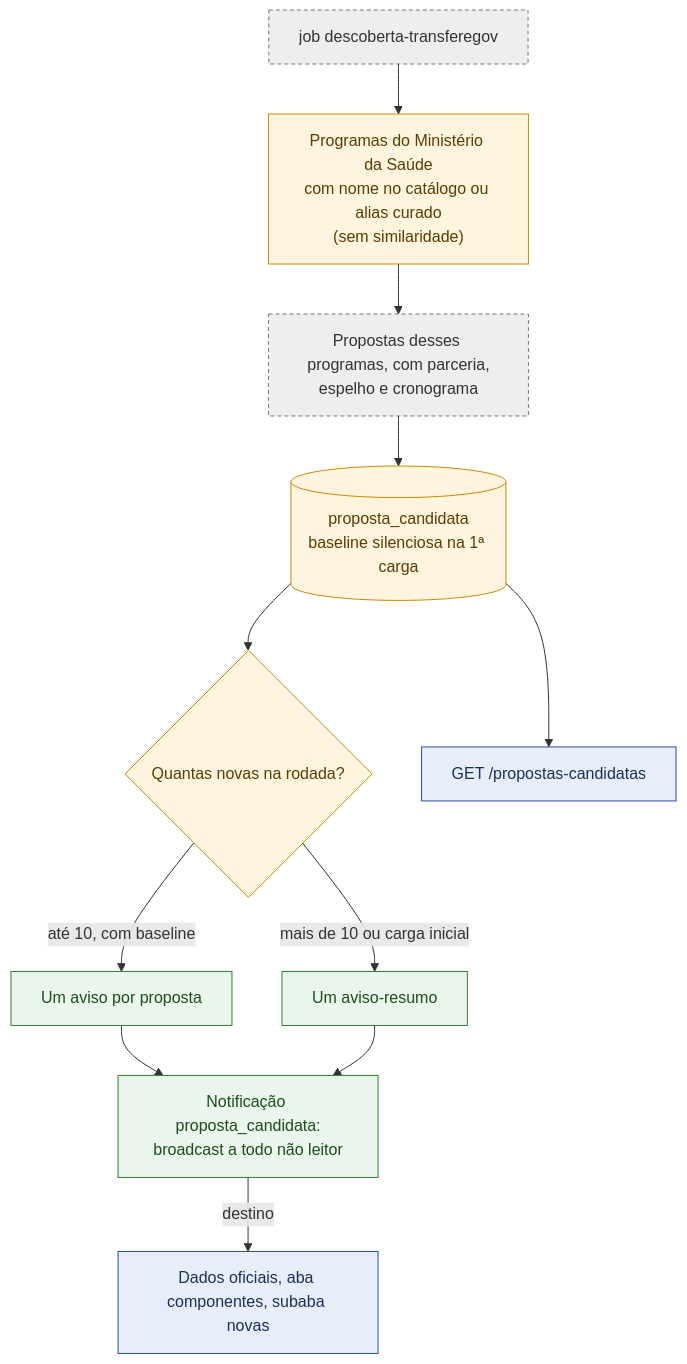
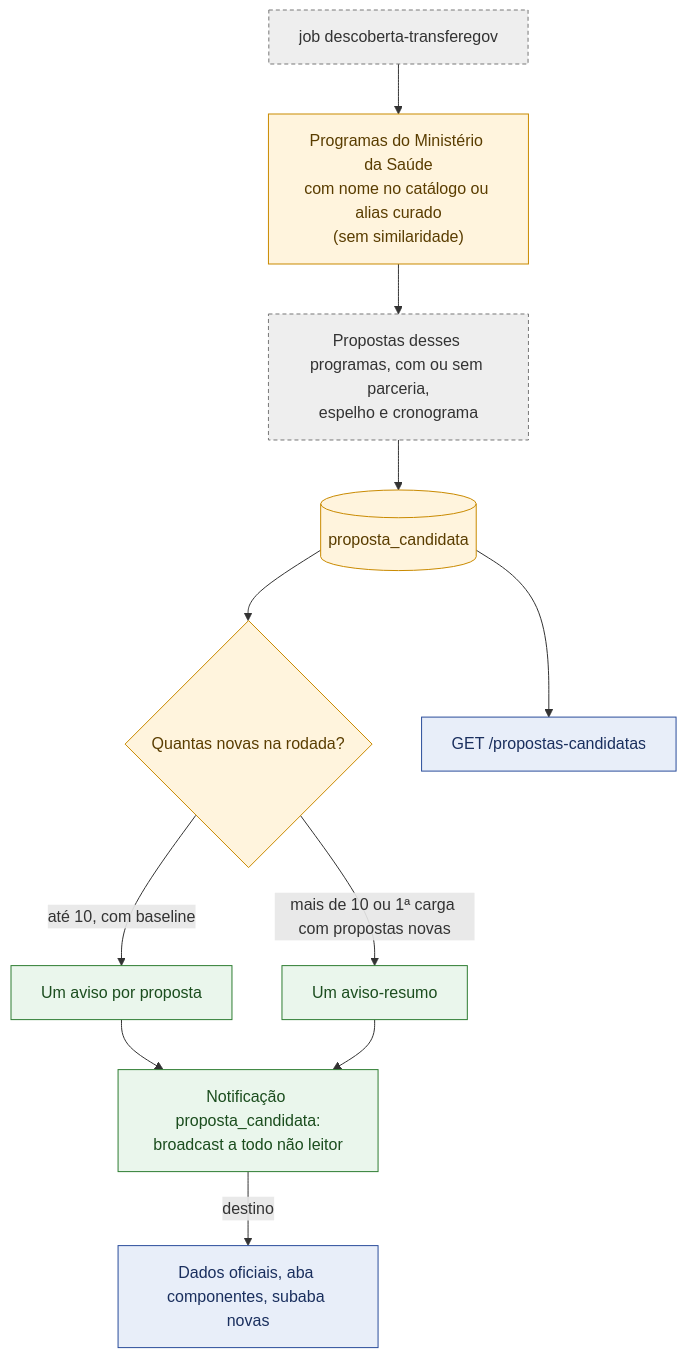
One commit to devs-ministerio/par_equipamentos changed diagram 11 of 21 in docs/mermaid/radar-instrumentos.md. Above: the diagram before and after it, drawn with Mermaid. The commit also changed other lines of this file and 6 other files, not shown here.

Commit message:
docs: corrige mapas Mermaid segundo a auditoria (Portal opcional, prova gravada, cardinalidades, rotas, jobs)

````diff
--- a/docs/mermaid/radar-instrumentos.md
+++ b/docs/mermaid/radar-instrumentos.md
@@ -273,19 +275,19 @@
 ```mermaid
 flowchart TB
     classDef job fill:#EEE,stroke:#777,color:#333,stroke-dasharray:4 3
     classDef regra fill:#FFF4DD,stroke:#C98A00,color:#5a3d00
     classDef tela fill:#E8EEF9,stroke:#2A4D9B,color:#1a2f5e
     classDef off fill:#eee,stroke:#999,color:#777,stroke-dasharray:4 3
     classDef aviso fill:#EAF6EC,stroke:#2E7D32,color:#1b4d1e
 
     J["job descoberta-transferegov"]:::job --> PR["Programas do Ministério da Saúde<br/>com nome no catálogo ou alias curado<br/>(sem similaridade)"]:::regra
-    PR --> PP["Propostas desses programas, com parceria,<br/>espelho e cronograma"]:::job
-    PP --> PC[("proposta_candidata<br/>baseline silenciosa na 1ª carga")]:::regra
+    PR --> PP["Propostas desses programas, com ou sem parceria,<br/>espelho e cronograma"]:::job
+    PP --> PC[("proposta_candidata")]:::regra
     PC --> AV{"Quantas novas na rodada?"}:::regra
     AV -->|"até 10, com baseline"| IND["Um aviso por proposta"]:::aviso
-    AV -->|"mais de 10 ou carga inicial"| RES["Um aviso-resumo"]:::aviso
+    AV -->|"mais de 10 ou 1ª carga com propostas novas"| RES["Um aviso-resumo"]:::aviso
     IND --> DEST["Notificação proposta_candidata:<br/>broadcast a todo não leitor"]:::aviso
     RES --> DEST
     PC --> API["GET /propostas-candidatas"]:::tela
     DEST -->|"destino"| DADOS["Dados oficiais, aba componentes, subaba novas"]:::tela
 ```
````
